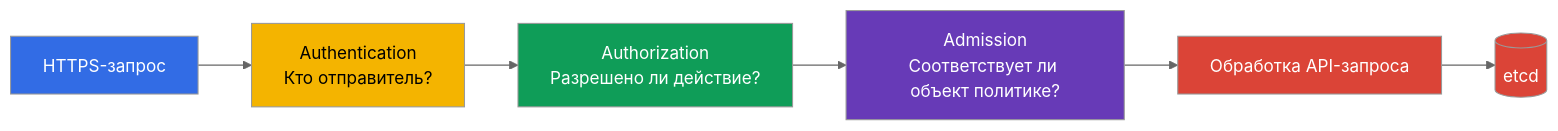
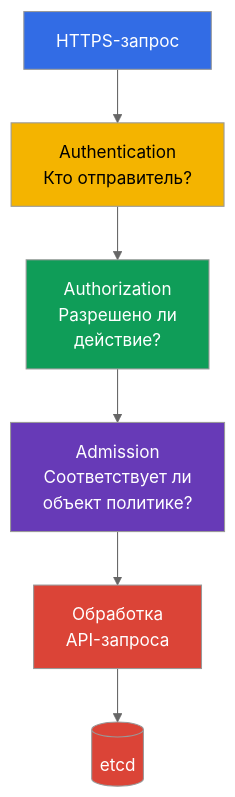
One commit to ViktorUJ/cks changed the second of 2 diagrams in tasks/kcsa/course/07/ru.md. Above: the diagram before and after it, drawn with Mermaid (neutral theme). The commit also changed other lines of this file and 60 other files, not shown here.

````diff
--- a/tasks/kcsa/course/07/ru.md
+++ b/tasks/kcsa/course/07/ru.md
@@ -41,14 +41,14 @@
 ```mermaid
-flowchart LR
+flowchart TB
     R["HTTPS-запрос"] --> AU["Authentication<br/>Кто отправитель?"]
-    AU --> AZ["Authorization<br/>Разрешено ли действие?"]
-    AZ --> AD["Admission<br/>Соответствует ли объект политике?"]
-    AD --> API["Обработка API-запроса"]
+    AU --> AZ["Authorization<br/>Разрешено ли<br/>действие?"]
+    AZ --> AD["Admission<br/>Соответствует ли<br/>объект политике?"]
+    AD --> API["Обработка<br/>API-запроса"]
     API --> ETCD[("etcd")]
     style R fill:#326ce5,color:#fff
     style AU fill:#f4b400,color:#000
     style AZ fill:#0f9d58,color:#fff
     style AD fill:#673ab7,color:#fff
     style API fill:#db4437,color:#fff
     style ETCD fill:#db4437,color:#fff
 ```
````
